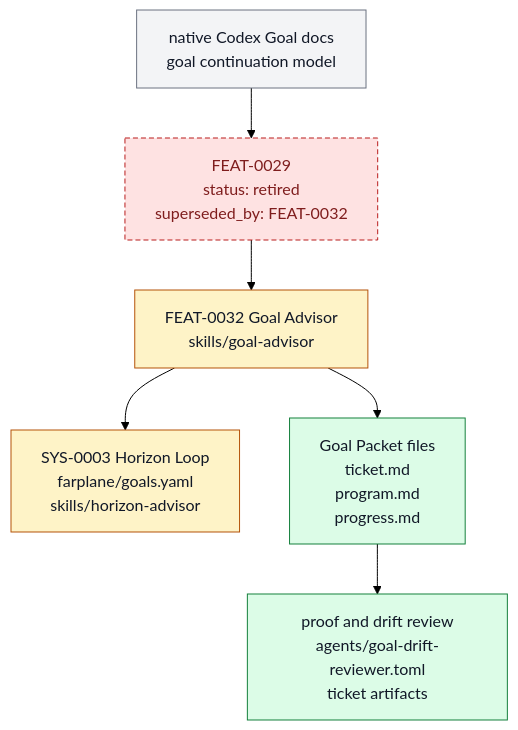
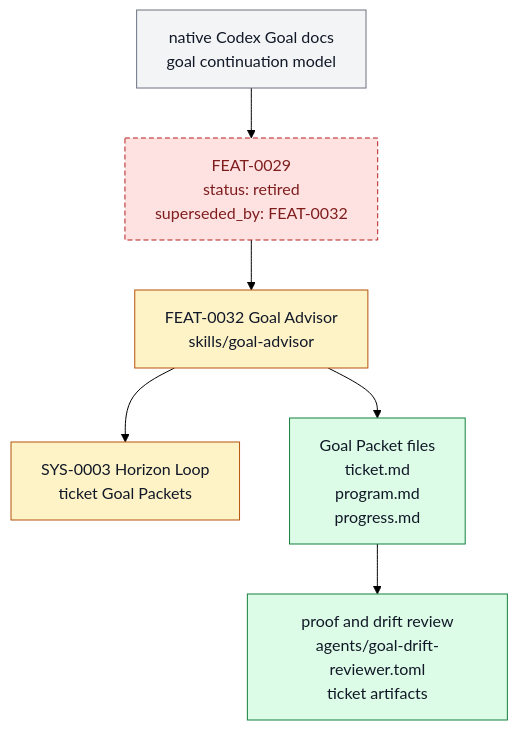
Before and after one commit to ZanarkandTechnologies/Farplane: the diagram in docs/features/FEAT-0029-goal-packet-architecture-for-native-codex-goals.md, drawn with Mermaid (forest theme). The commit also changed other lines of this file and 122 other files, not shown here.

````diff
--- a/docs/features/FEAT-0029-goal-packet-architecture-for-native-codex-goals.md
+++ b/docs/features/FEAT-0029-goal-packet-architecture-for-native-codex-goals.md
@@ -109,17 +105,17 @@
 ```mermaid
 flowchart TD
   classDef keep fill:#f3f4f6,stroke:#6b7280,color:#111827
   classDef changed fill:#fef3c7,stroke:#b45309,color:#111827
   classDef added fill:#dcfce7,stroke:#15803d,color:#111827
   classDef retired fill:#fee2e2,stroke:#b91c1c,color:#7f1d1d,stroke-dasharray: 5 3
 
   native["native Codex Goal docs<br/>goal continuation model"]:::keep
   retired["FEAT-0029<br/>status: retired<br/>superseded_by: FEAT-0032"]:::retired
   successor["FEAT-0032 Goal Advisor<br/>skills/goal-advisor"]:::changed
-  horizon["SYS-0003 Horizon Loop<br/>farplane/goals.yaml<br/>skills/horizon-advisor"]:::changed
+  horizon["SYS-0003 Horizon Loop<br/>ticket Goal Packets"]:::changed
   packet["Goal Packet files<br/>ticket.md<br/>program.md<br/>progress.md"]:::added
   review["proof and drift review<br/>agents/goal-drift-reviewer.toml<br/>ticket artifacts"]:::added
 
   native --> retired --> successor --> horizon
   successor --> packet --> review
 ```
````
